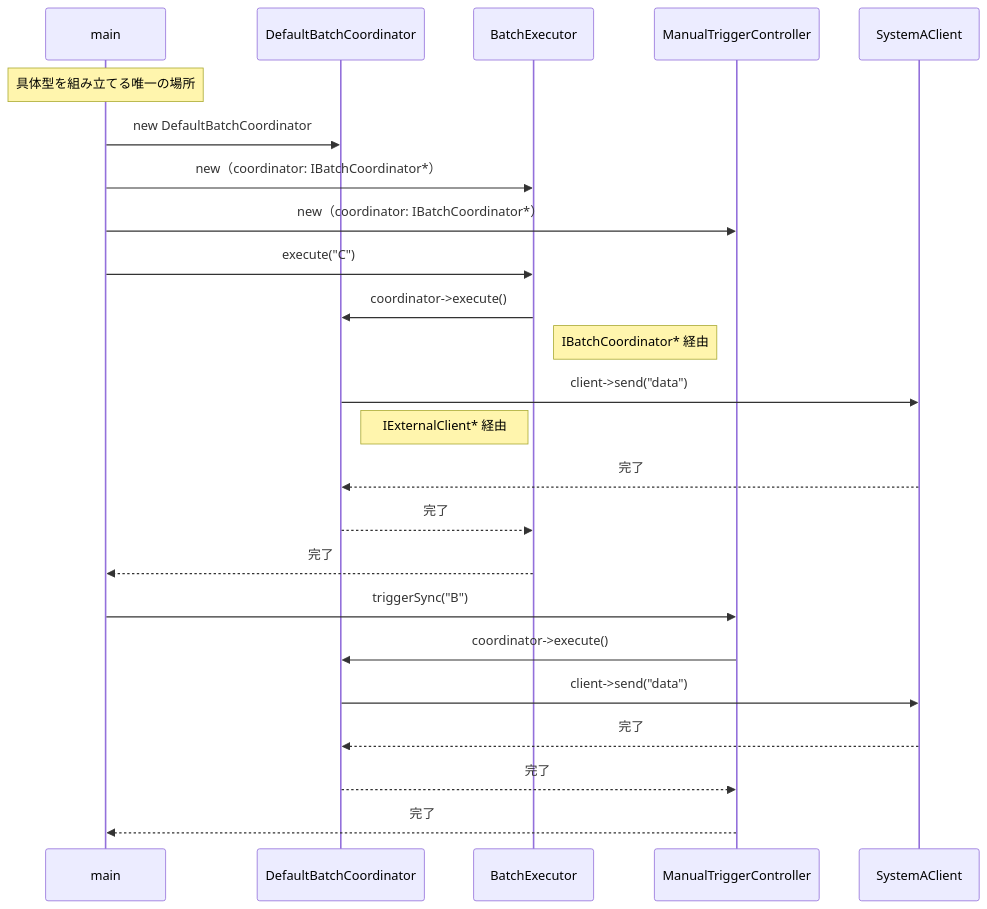
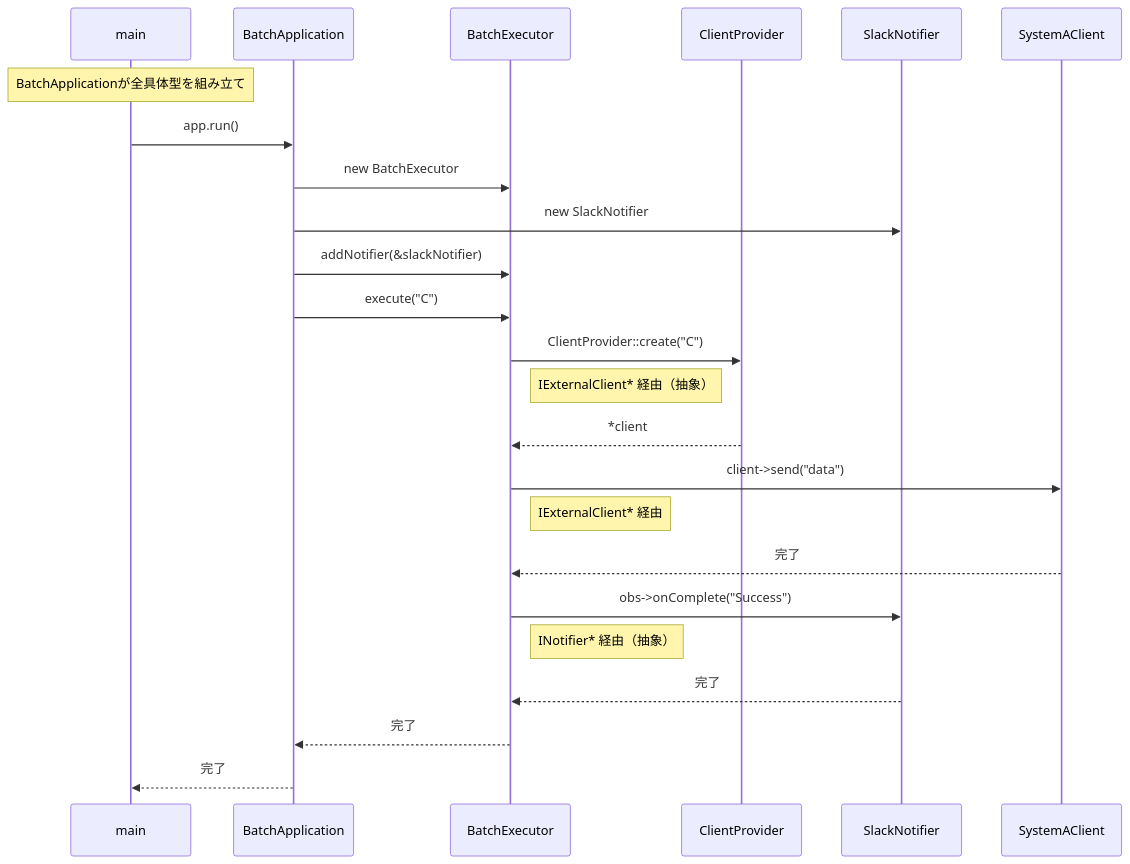
The eighth of 10 diagrams in kindle/design-patterns/output/chapter10.md (kumachan1101-pixel/DesignPattern), drawn with Mermaid before and after one commit.

Commit message:
Fix T187 (ch10 sequence diagram) and T040 (ch01 cable analogy)
- chapter10 T187: Rewrite sequence diagram to use actual final code class
  names (BatchApplication, BatchExecutor, ClientProvider, SlackNotifier,
  SystemAClient) instead of non-existent DefaultBatchCoordinator/IBatchCoordinator
- chapter01 T040: Add cable analogy sentence for mixed responsibility explanation

https://claude.ai/code/session_01GSsvuLbkfeHne6C8yZFmk5

````diff
--- a/kindle/design-patterns/output/chapter10.md
+++ b/kindle/design-patterns/output/chapter10.md
@@ -1121,26 +1121,26 @@
 ```mermaid
 sequenceDiagram
     participant main
-    participant CF as DefaultBatchCoordinator
+    participant BA as BatchApplication
     participant BE as BatchExecutor
-    participant MTC as ManualTriggerController
+    participant CP as ClientProvider
+    participant SN as SlackNotifier
     participant SA as SystemAClient
-    Note over main: 具体型を組み立てる唯一の場所
-    main->>CF: new DefaultBatchCoordinator
-    main->>BE: new（coordinator: IBatchCoordinator*）
-    main->>MTC: new（coordinator: IBatchCoordinator*）
-    main->>BE: execute("C")
-    BE->>CF: coordinator->execute()
-    Note right of BE: IBatchCoordinator* 経由
-    CF->>SA: client->send("data")
-    Note right of CF: IExternalClient* 経由
-    SA-->>CF: 完了
-    CF-->>BE: 完了
-    BE-->>main: 完了
-    main->>MTC: triggerSync("B")
-    MTC->>CF: coordinator->execute()
-    CF->>SA: client->send("data")
-    SA-->>CF: 完了
-    CF-->>MTC: 完了
-    MTC-->>main: 完了
+    Note over main: BatchApplicationが全具体型を組み立て
+    main->>BA: app.run()
+    BA->>BE: new BatchExecutor
+    BA->>SN: new SlackNotifier
+    BA->>BE: addNotifier(&slackNotifier)
+    BA->>BE: execute("C")
+    BE->>CP: ClientProvider::create("C")
+    Note right of BE: IExternalClient* 経由（抽象）
+    CP-->>BE: *client
+    BE->>SA: client->send("data")
+    Note right of BE: IExternalClient* 経由
+    SA-->>BE: 完了
+    BE->>SN: obs->onComplete("Success")
+    Note right of BE: INotifier* 経由（抽象）
+    SN-->>BE: 完了
+    BE-->>BA: 完了
+    BA-->>main: 完了
 ```
````
